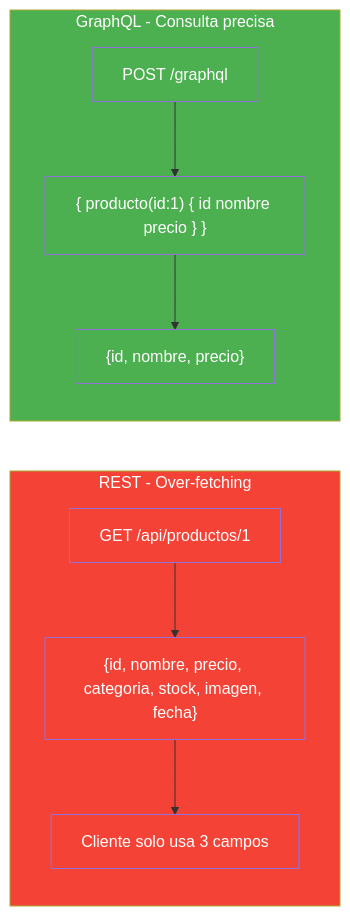
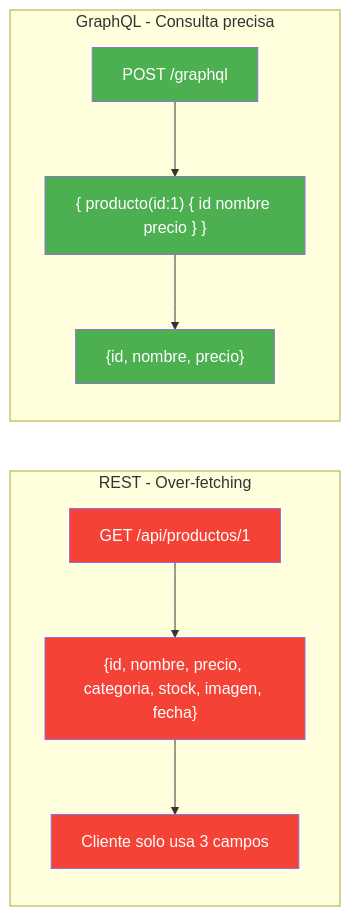
The first of 10 diagrams in 19-graphql.md (joseluisgs/DesarrolloWebEntornosServidor-02-2026-2027), drawn with Mermaid before and after one commit. The commit also changed other lines of this file and 4 other files, not shown here.

Commit message:
docs: quitar el relleno a los subgraf de los diagramas de los temas 01, 10, 11, 19 y 30

````diff
--- a/19-graphql.md
+++ b/19-graphql.md
@@ -68,21 +68,19 @@
 ```mermaid
 graph LR
     subgraph REST["REST - Over-fetching"]
         R1["GET /api/productos/1"] --> R2["{id, nombre, precio, categoria, stock, imagen, fecha}"]
         R2 --> R3["Cliente solo usa 3 campos"]
     end
 
     subgraph GQL["GraphQL - Consulta precisa"]
         G1["POST /graphql"] --> G2["{ producto(id:1) { id nombre precio } }"]
         G2 --> G3["{id, nombre, precio}"]
     end
 
-    style REST fill:#f44336,color:#fff
-    style GQL fill:#4CAF50,color:#fff
     style R1 fill:#f44336,color:#fff
     style R2 fill:#f44336,color:#fff
     style R3 fill:#f44336,color:#fff
     style G1 fill:#4CAF50,color:#fff
     style G2 fill:#4CAF50,color:#fff
     style G3 fill:#4CAF50,color:#fff
 ```
````
